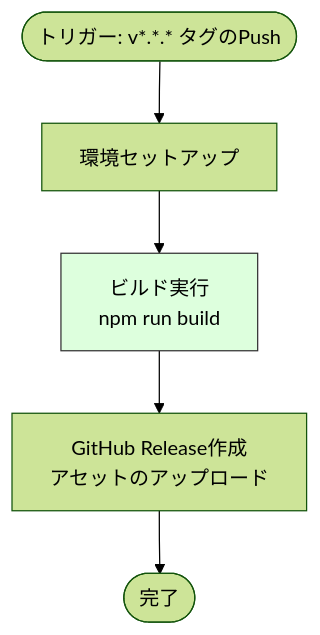
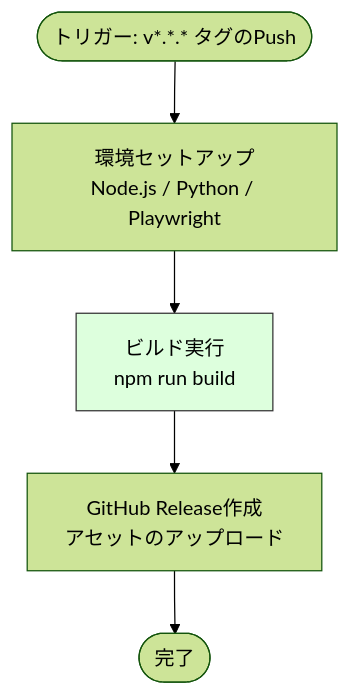
One commit to masanori-satake/QuickLog-Solo changed the sixth of 7 diagrams in docs/README_ACTIONS.md. Above: the diagram before and after it, drawn with Mermaid (forest theme). The commit also changed other lines of this file and 1 other file, not shown here.

Commit message:
fix: add python playwright dependency to release workflow
The `generate_png_icons.py` script requires the Python `playwright` module,
which was missing in the `release.yml` workflow. This change adds
`pip install playwright` to ensure the script can run during the build process.
Existing Node.js Playwright browsers are reused.

Updated `docs/README_ACTIONS.md` to reflect the environment requirements
for the Auto Release workflow.

````diff
--- a/docs/README_ACTIONS.md
+++ b/docs/README_ACTIONS.md
@@ -153,9 +155,9 @@
 ```mermaid
 graph TD
-    Start([トリガー: v*.*.* タグのPush]) --> Setup[環境セットアップ]
+    Start([トリガー: v*.*.* タグのPush]) --> Setup[環境セットアップ<br/>Node.js / Python / Playwright]
     Setup --> Build[ビルド実行<br/>npm run build]
     Build --> Release[GitHub Release作成<br/>アセットのアップロード]
     Release --> End([完了])
 
     style Build fill:#dfd,stroke:#333
 ```
````
